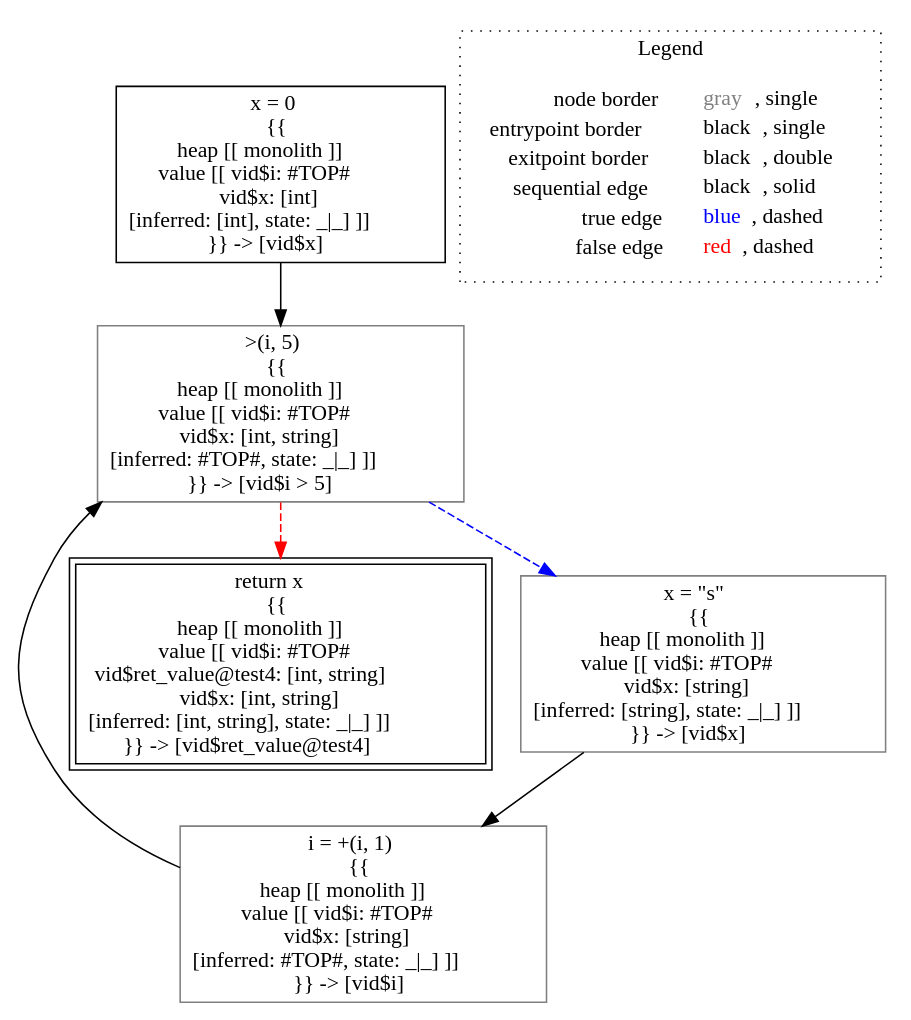
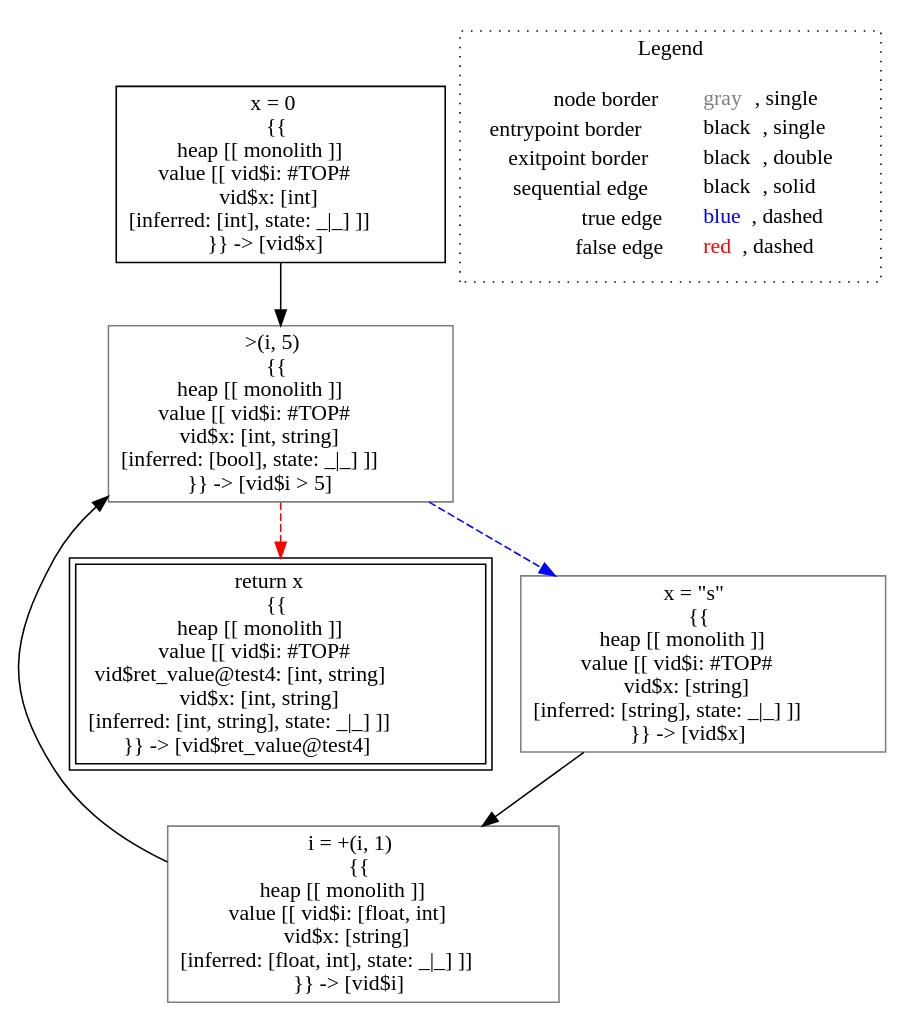
One commit to lisa-analyzer/lisa changed the diagram in lisa/imp-testcases/type-inference/typing___untyped_typing.test4(typing_this,_untyped_i).dot. Above: the diagram before and after it, drawn with Graphviz. The commit also changed 12 other files, not shown here.

Commit message:
#45 recursive evaluation no longer takes automatic action with top value

```diff
--- a/lisa/imp-testcases/type-inference/typing___untyped_typing.test4(typing_this,_untyped_i).dot
+++ b/lisa/imp-testcases/type-inference/typing___untyped_typing.test4(typing_this,_untyped_i).dot
@@ -1,19 +1,19 @@
 digraph {
 	"node0" [shape="rect",color="black",label=<x = 0<BR/>{{<BR/>heap [[ monolith ]]<BR/>value [[ vid$i: #TOP#<BR/>vid$x: [int]<BR/>[inferred: [int], state: _|_] ]]<BR/>}} -&gt; [vid$x]>];
 	"node1" [shape="rect",color="black",peripheries="2",label=<return x<BR/>{{<BR/>heap [[ monolith ]]<BR/>value [[ vid$i: #TOP#<BR/>vid$ret_value@test4: [int, string]<BR/>vid$x: [int, string]<BR/>[inferred: [int, string], state: _|_] ]]<BR/>}} -&gt; [vid$ret_value@test4]>];
 	"node2" [shape="rect",color="gray",label=<x = &quot;s&quot;<BR/>{{<BR/>heap [[ monolith ]]<BR/>value [[ vid$i: #TOP#<BR/>vid$x: [string]<BR/>[inferred: [string], state: _|_] ]]<BR/>}} -&gt; [vid$x]>];
-	"node3" [shape="rect",color="gray",label=<i = +(i, 1)<BR/>{{<BR/>heap [[ monolith ]]<BR/>value [[ vid$i: #TOP#<BR/>vid$x: [string]<BR/>[inferred: #TOP#, state: _|_] ]]<BR/>}} -&gt; [vid$i]>];
-	"node4" [shape="rect",color="gray",label=<&gt;(i, 5)<BR/>{{<BR/>heap [[ monolith ]]<BR/>value [[ vid$i: #TOP#<BR/>vid$x: [int, string]<BR/>[inferred: #TOP#, state: _|_] ]]<BR/>}} -&gt; [vid$i &gt; 5]>];
+	"node3" [shape="rect",color="gray",label=<i = +(i, 1)<BR/>{{<BR/>heap [[ monolith ]]<BR/>value [[ vid$i: [float, int]<BR/>vid$x: [string]<BR/>[inferred: [float, int], state: _|_] ]]<BR/>}} -&gt; [vid$i]>];
+	"node4" [shape="rect",color="gray",label=<&gt;(i, 5)<BR/>{{<BR/>heap [[ monolith ]]<BR/>value [[ vid$i: #TOP#<BR/>vid$x: [int, string]<BR/>[inferred: [bool], state: _|_] ]]<BR/>}} -&gt; [vid$i &gt; 5]>];
 	"node0" -> "node4" [color="black"];
 	"node2" -> "node3" [color="black"];
 	"node3" -> "node4" [color="black"];
 	"node4" -> "node1" [color="red",style="dashed"];
 	"node4" -> "node2" [color="blue",style="dashed"];
 subgraph cluster_legend {
 	label="Legend";
 	style=dotted;
 	node [shape=plaintext];
 	"legend" [label=<<table border="0" cellpadding="2" cellspacing="0" cellborder="0"><tr><td align="right">node border&nbsp;</td><td align="left"><font color="gray">gray</font>, single</td></tr><tr><td align="right">entrypoint border&nbsp;</td><td align="left"><font color="black">black</font>, single</td></tr><tr><td align="right">exitpoint border&nbsp;</td><td align="left"><font color="black">black</font>, double</td></tr><tr><td align="right">sequential edge&nbsp;</td><td align="left"><font color="black">black</font>, solid</td></tr><tr><td align="right">true edge&nbsp;</td><td align="left"><font color="blue">blue</font>, dashed</td></tr><tr><td align="right">false edge&nbsp;</td><td align="left"><font color="red">red</font>, dashed</td></tr></table>>];
 }
 
 }
```
